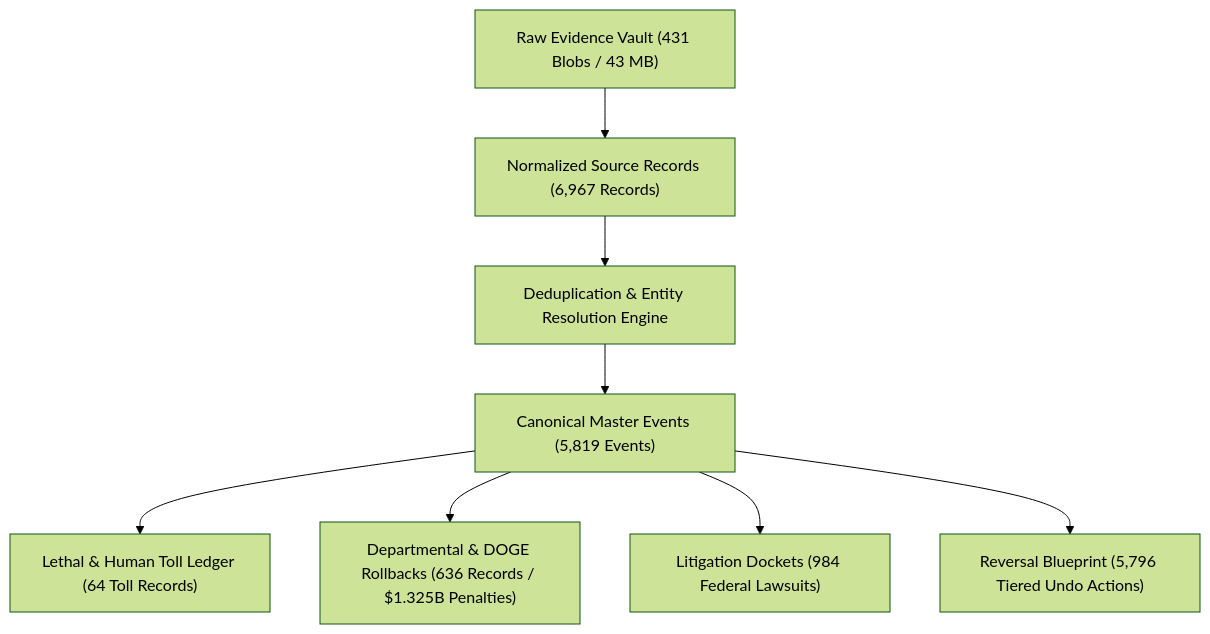
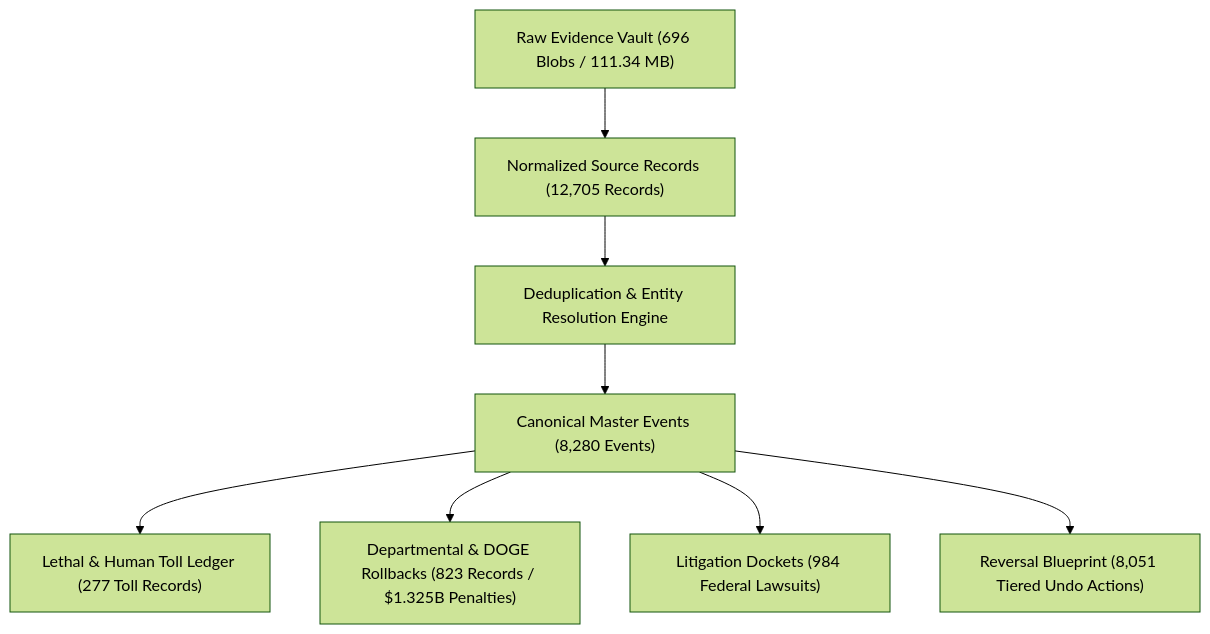
One commit to unitedprogressparty/firstpub-Platform changed the first of 2 diagrams in docs/1. Preface End facism/keep track/trump-damage-db-master-report.md. Above: the diagram before and after it, drawn with Mermaid (forest theme). The commit also changed other lines of this file, not shown here.

Commit message:
docs: update trump-damage-db master audit report with 100% complete 40-tracker ledger (12,705 records, 8,280 events)

````diff
--- a/docs/1. Preface End facism/keep track/trump-damage-db-master-report.md
+++ b/docs/1. Preface End facism/keep track/trump-damage-db-master-report.md
@@ -16,10 +16,10 @@
 ```mermaid
 graph TD
-    A["Raw Evidence Vault (431 Blobs / 43 MB)"] --> B["Normalized Source Records (6,967 Records)"]
+    A["Raw Evidence Vault (696 Blobs / 111.34 MB)"] --> B["Normalized Source Records (12,705 Records)"]
     B --> C["Deduplication & Entity Resolution Engine"]
-    C --> D["Canonical Master Events (5,819 Events)"]
-    D --> E["Lethal & Human Toll Ledger (64 Toll Records)"]
-    D --> F["Departmental & DOGE Rollbacks (636 Records / $1.325B Penalties)"]
+    C --> D["Canonical Master Events (8,280 Events)"]
+    D --> E["Lethal & Human Toll Ledger (277 Toll Records)"]
+    D --> F["Departmental & DOGE Rollbacks (823 Records / $1.325B Penalties)"]
     D --> G["Litigation Dockets (984 Federal Lawsuits)"]
-    D --> H["Reversal Blueprint (5,796 Tiered Undo Actions)"]
+    D --> H["Reversal Blueprint (8,051 Tiered Undo Actions)"]
 ```
````
